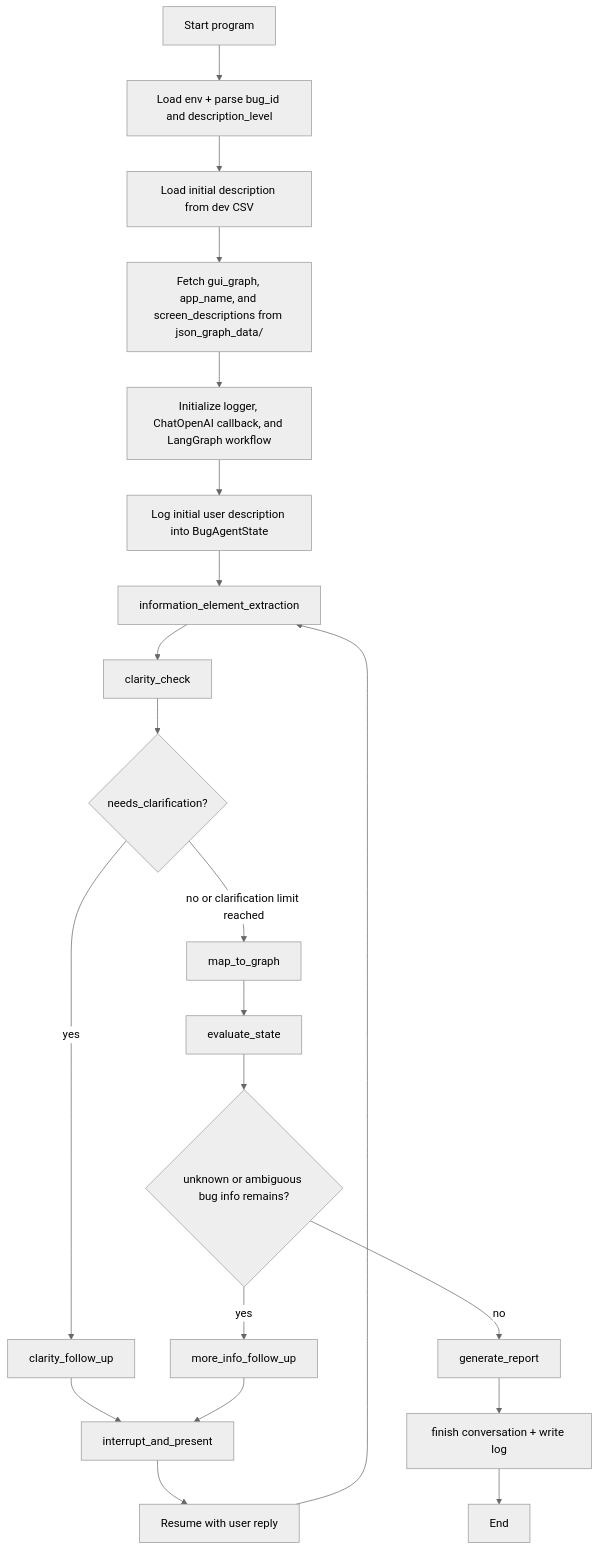
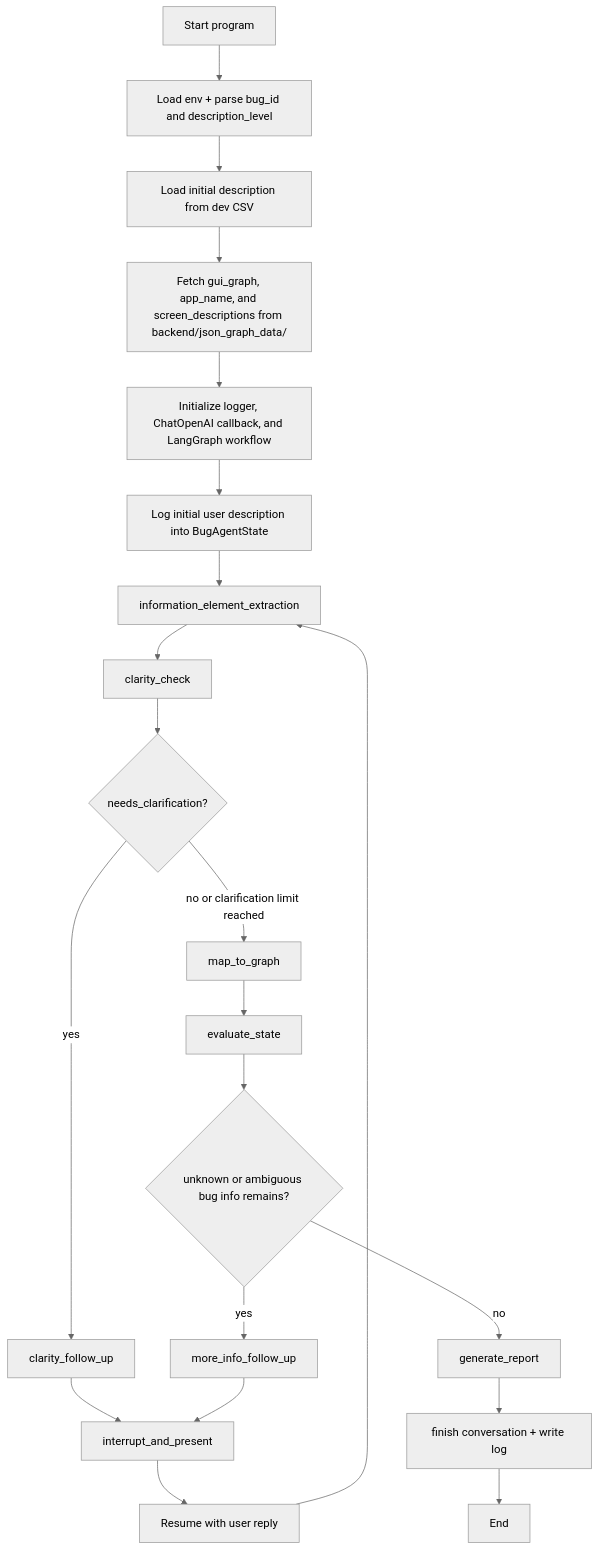
Before and after one commit to sea-lab-wm/agentic_burt: the second of 2 diagrams in ARCHITECTURE.md, drawn with Mermaid (neutral theme). The commit also changed other lines of this file and 110 other files, not shown here.

````diff
--- a/ARCHITECTURE.md
+++ b/ARCHITECTURE.md
@@ -46,23 +46,23 @@
 ```mermaid
 flowchart TD
     A[Start program] --> B[Load env + parse bug_id and description_level]
     B --> C[Load initial description from dev CSV]
-    C --> D[Fetch gui_graph, app_name, and screen_descriptions from json_graph_data/<DATASET>]
+    C --> D[Fetch gui_graph, app_name, and screen_descriptions from backend/json_graph_data/<DATASET>]
     D --> E[Initialize logger, ChatOpenAI callback, and LangGraph workflow]
     E --> F[Log initial user description into BugAgentState]
     F --> G[information_element_extraction]
     G --> H[clarity_check]
     H --> I{needs_clarification?}
     I -->|yes| J[clarity_follow_up]
     J --> K[interrupt_and_present]
     K --> L[Resume with user reply]
     L --> G
     I -->|no or clarification limit reached| M[map_to_graph]
     M --> N[evaluate_state]
     N --> O{unknown or ambiguous bug info remains?}
     O -->|yes| P[more_info_follow_up]
     P --> K
     O -->|no| Q[generate_report]
     Q --> R[finish conversation + write log]
     R --> S[End]
 ```
````
